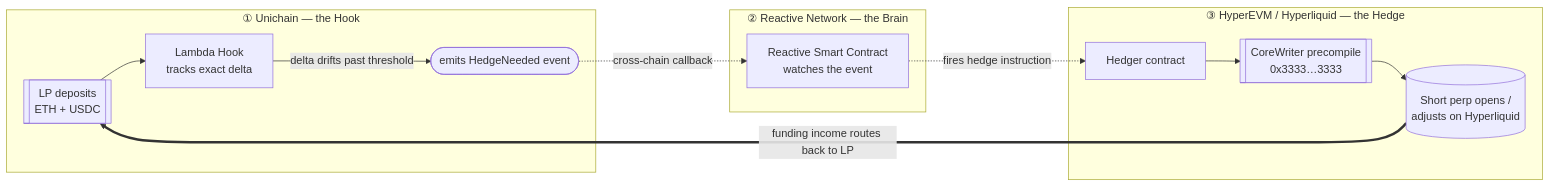
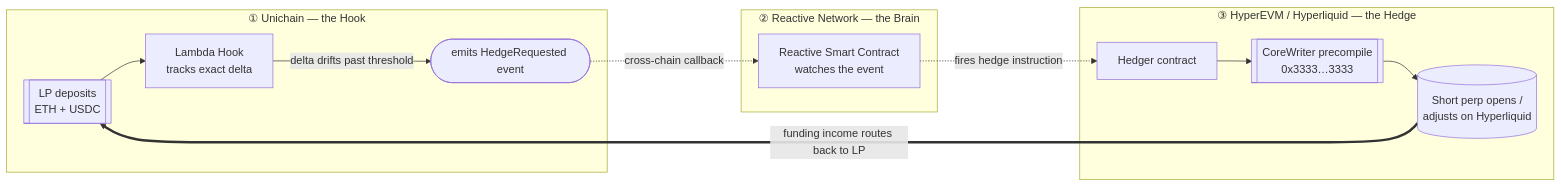
One commit to Hijanhv/lambda-protocol changed the diagram in README.md. Above: the diagram before and after it, drawn with Mermaid. The commit also changed 1 other file, not shown here.

First paragraph of the commit message:
docs: content audit pass — fix HedgeRequested name, honest leg ③, add Mainnet readiness
Cross-referenced /docs against the README's recent audit-pass tone and the contracts source of truth, then applied the gaps.

````diff
--- a/README.md
+++ b/README.md
@@ -114,20 +114,20 @@
 ```mermaid
 flowchart LR
     subgraph U["① Unichain — the Hook"]
         LP[["LP deposits<br/>ETH + USDC"]] --> H[Lambda Hook<br/>tracks exact delta]
-        H -->|delta drifts past threshold| EV([emits HedgeNeeded event])
+        H -->|delta drifts past threshold| EV([emits HedgeRequested event])
     end
 
     subgraph R["② Reactive Network — the Brain"]
         RSC[Reactive Smart Contract<br/>watches the event]
     end
 
     subgraph X["③ HyperEVM / Hyperliquid — the Hedge"]
         HG[Hedger contract] --> CW[[CoreWriter precompile<br/>0x3333…3333]]
         CW --> PERP[(Short perp opens /<br/>adjusts on Hyperliquid)]
     end
 
     EV -.->|cross-chain callback| RSC
     RSC -.->|fires hedge instruction| HG
     PERP ==>|funding income routes back to LP| LP
 ```
````
